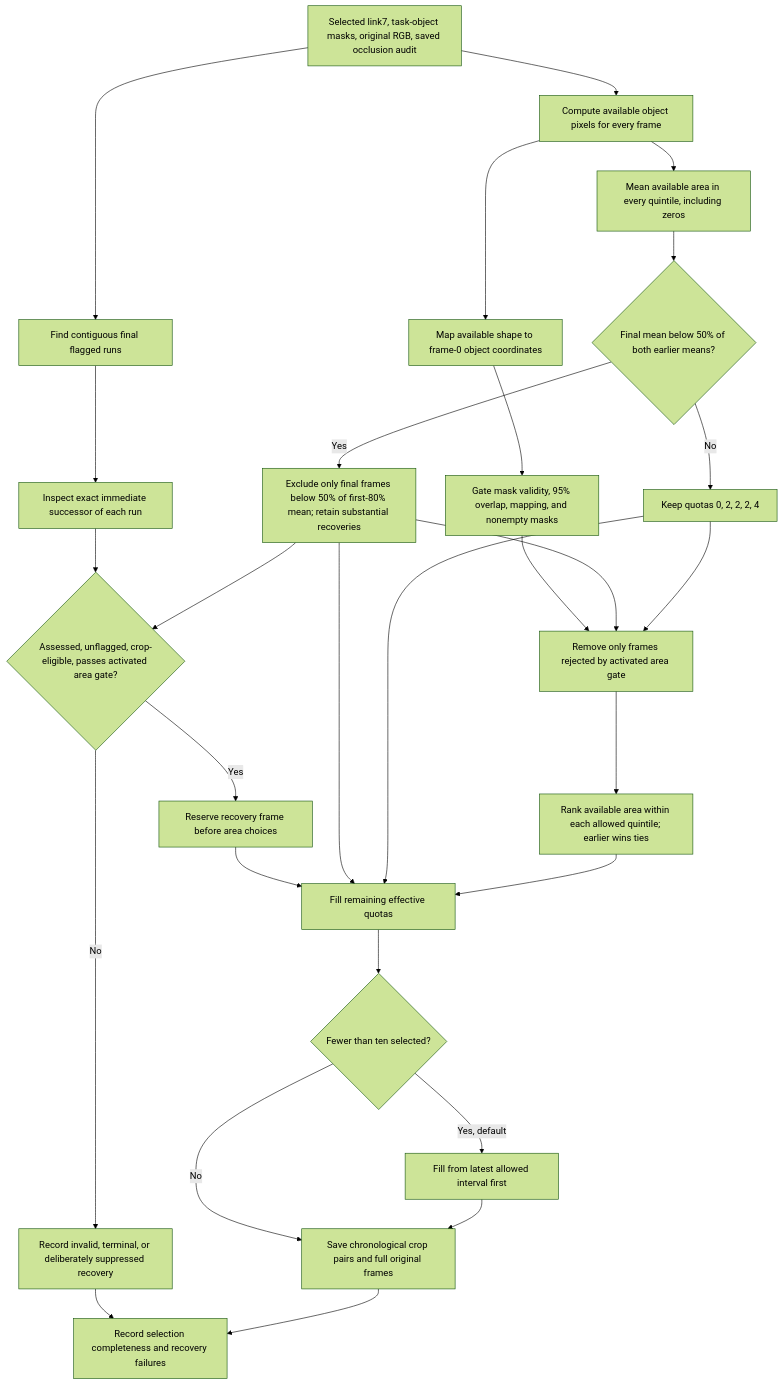
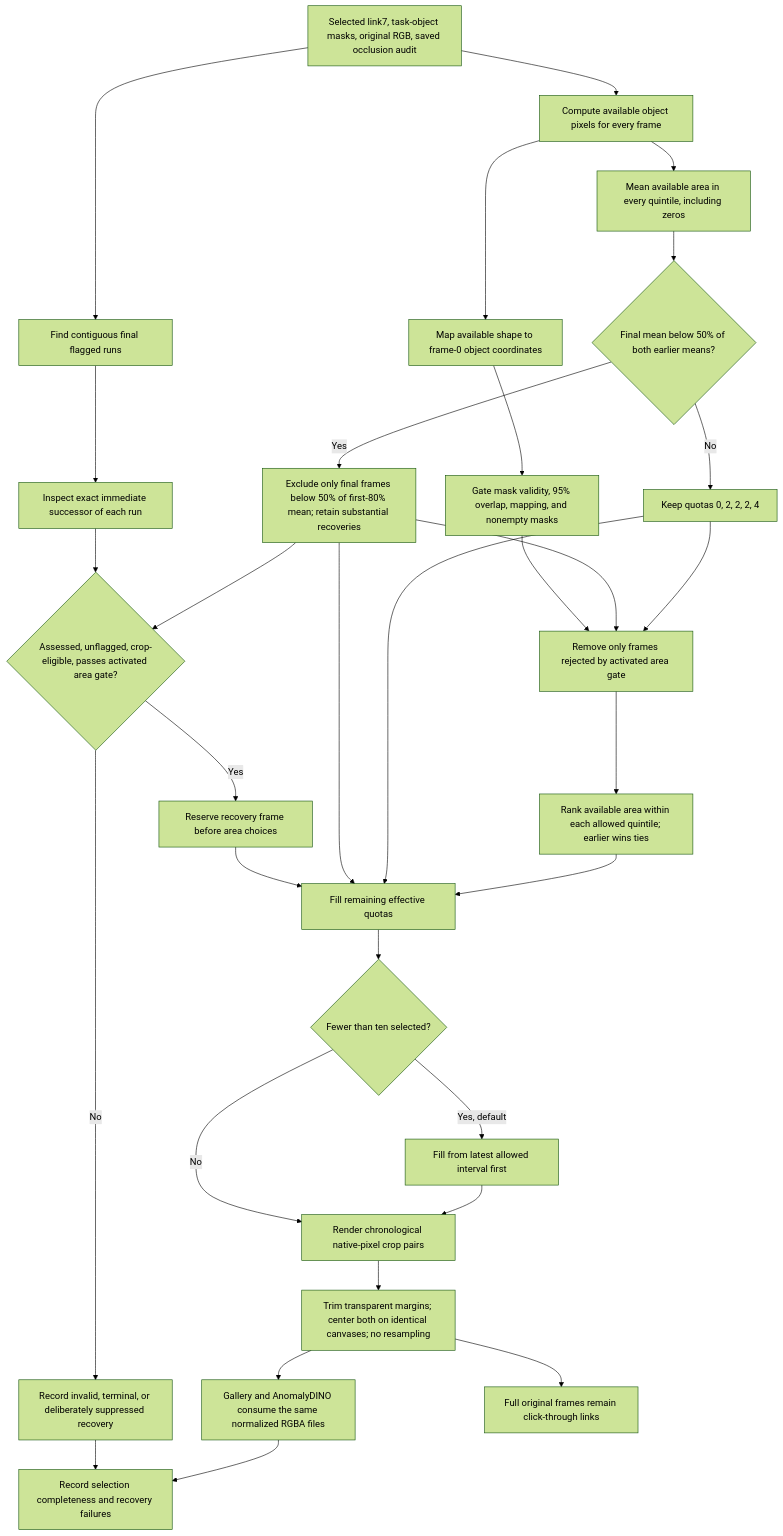
One commit to Wilsonnijc-bot/PDIBench_Segment_CAD changed the fourth of 4 diagrams in PDI-Bench-edited/docs/link7_object_masking_occlusion_cropping.md. Above: the diagram before and after it, drawn with Mermaid (forest theme). The commit also changed other lines of this file and 104 other files, not shown here.

Commit message:
Normalize paired crop canvases for review and AnomalyDINO inputs

````diff
--- a/PDI-Bench-edited/docs/link7_object_masking_occlusion_cropping.md
+++ b/PDI-Bench-edited/docs/link7_object_masking_occlusion_cropping.md
@@ -644,30 +644,33 @@
 ```mermaid
 flowchart TD
     INPUT["Selected link7, task-object masks, original RGB, saved occlusion audit"] --> AVAILABLE["Compute available object pixels for every frame"]
     AVAILABLE --> MAP["Map available shape to frame-0 object coordinates"]
     MAP --> ELIGIBLE["Gate mask validity, 95% overlap, mapping, and nonempty masks"]
     AVAILABLE --> MEANS["Mean available area in every quintile, including zeros"]
     MEANS --> COLLAPSE{"Final mean below 50% of both earlier means?"}
     COLLAPSE -->|Yes| SKIP["Exclude only final frames below 50% of first-80% mean; retain substantial recoveries"]
     COLLAPSE -->|No| NORMAL["Keep quotas 0, 2, 2, 2, 4"]
     INPUT --> RUNS["Find contiguous final flagged runs"]
     RUNS --> SUCCESSOR["Inspect exact immediate successor of each run"]
     SUCCESSOR --> RECOVERY{"Assessed, unflagged, crop-eligible, passes activated area gate?"}
     SKIP --> RECOVERY
     RECOVERY -->|Yes| RESERVE["Reserve recovery frame before area choices"]
     RECOVERY -->|No| ISSUE["Record invalid, terminal, or deliberately suppressed recovery"]
     ELIGIBLE --> FILTER["Remove only frames rejected by activated area gate"]
     SKIP --> FILTER
     NORMAL --> FILTER
     FILTER --> RANK["Rank available area within each allowed quintile; earlier wins ties"]
     RESERVE --> FILL["Fill remaining effective quotas"]
     SKIP --> FILL
     NORMAL --> FILL
     RANK --> FILL
     FILL --> SHORT{"Fewer than ten selected?"}
     SHORT -->|Yes, default| DONOR["Fill from latest allowed interval first"]
-    SHORT -->|No| SAVE["Save chronological crop pairs and full original frames"]
+    SHORT -->|No| SAVE["Render chronological native-pixel crop pairs"]
     DONOR --> SAVE
     ISSUE --> REPORT["Record selection completeness and recovery failures"]
-    SAVE --> REPORT
+    SAVE --> PAIR["Trim transparent margins; center both on identical canvases; no resampling"]
+    PAIR --> DINO["Gallery and AnomalyDINO consume the same normalized RGBA files"]
+    PAIR --> ORIGINAL["Full original frames remain click-through links"]
+    DINO --> REPORT
 ```
````
